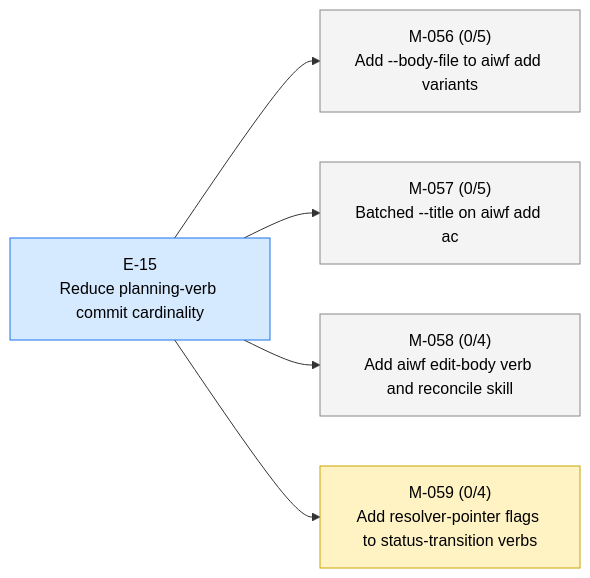
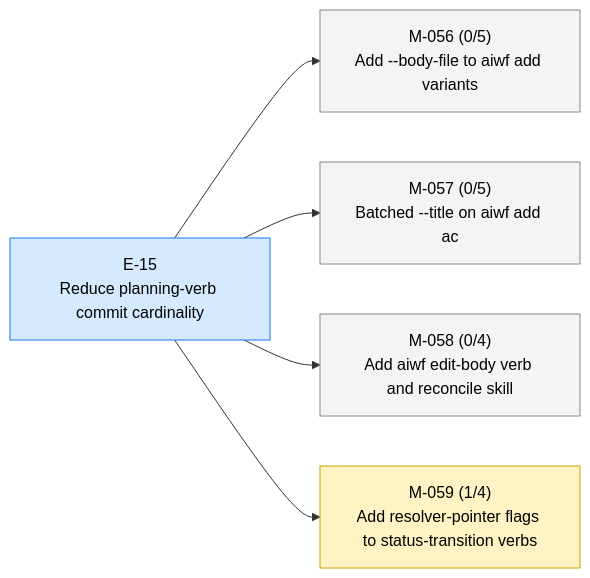
Before and after one commit to 23min/aiwf: the first of 3 diagrams in STATUS.md, drawn with Mermaid. The commit also changed other lines of this file and 1 other file, not shown here.

````diff
--- a/STATUS.md
+++ b/STATUS.md
@@ -14,18 +14,18 @@
 ```mermaid
 flowchart LR
   E_15["E-15<br/>Reduce planning-verb commit cardinality"]:::epic_active
   M_056["M-056 (0/5)<br/>Add --body-file to aiwf add variants"]:::ms_draft
   E_15 --> M_056
   M_057["M-057 (0/5)<br/>Batched --title on aiwf add ac"]:::ms_draft
   E_15 --> M_057
   M_058["M-058 (0/4)<br/>Add aiwf edit-body verb and reconcile skill"]:::ms_draft
   E_15 --> M_058
-  M_059["M-059 (0/4)<br/>Add resolver-pointer flags to status-transition verbs"]:::ms_in_progress
+  M_059["M-059 (1/4)<br/>Add resolver-pointer flags to status-transition verbs"]:::ms_in_progress
   E_15 --> M_059
   classDef epic_active fill:#d6eaff,stroke:#1a73e8,color:#000
   classDef epic_proposed fill:#f4f4f4,stroke:#888,color:#000
   classDef ms_done fill:#d8f5d8,stroke:#2a8a2a,color:#000
   classDef ms_in_progress fill:#fff3c4,stroke:#caa400,color:#000
   classDef ms_draft fill:#f4f4f4,stroke:#888,color:#000
   classDef ms_cancelled fill:#fbeaea,stroke:#c33,color:#000
 ```
````
